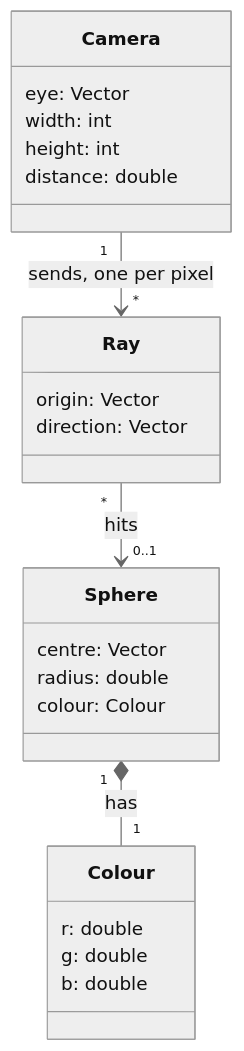
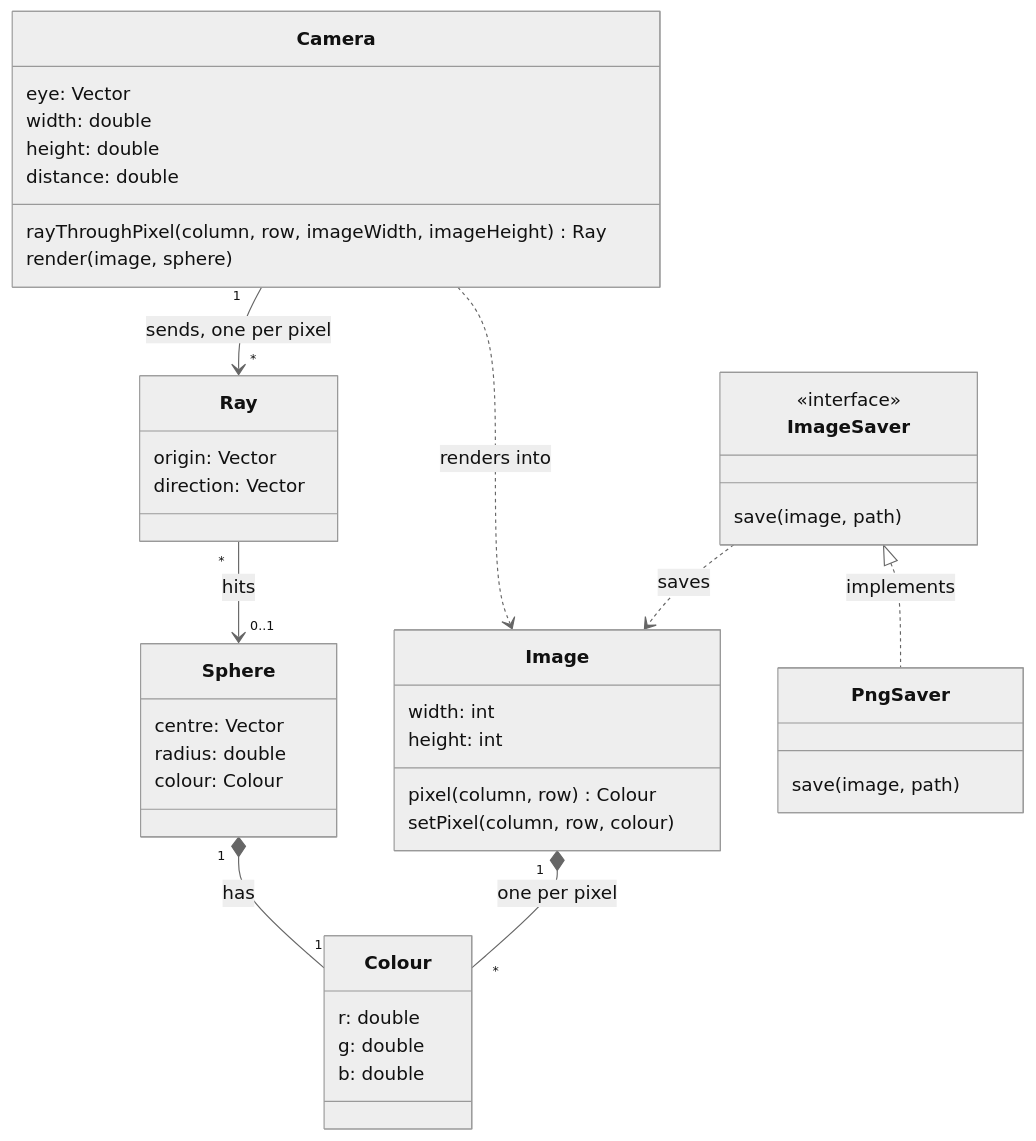
The diagram in docs/domain/domain-model.md (Mathis-brgs/Raytracer), drawn with Mermaid (neutral theme) before and after one commit. The commit also changed other lines of this file and 3 other files, not shown here.

````diff
--- a/docs/domain/domain-model.md
+++ b/docs/domain/domain-model.md
@@ -6,27 +6,46 @@
 ```mermaid
 classDiagram
     Camera "1" --> "*" Ray : sends, one per pixel
+    Camera ..> Image : renders into
     Ray "*" --> "0..1" Sphere : hits
     Sphere "1" *-- "1" Colour : has
+    Image "1" *-- "*" Colour : one per pixel
+    ImageSaver <|.. PngSaver : implements
+    ImageSaver ..> Image : saves
 
     class Camera {
         eye: Vector
-        width: int
-        height: int
+        width: double
+        height: double
         distance: double
+        rayThroughPixel(column, row, imageWidth, imageHeight) Ray
+        render(image, sphere)
     }
     class Ray {
         origin: Vector
         direction: Vector
     }
     class Sphere {
         centre: Vector
         radius: double
         colour: Colour
     }
     class Colour {
         r: double
         g: double
         b: double
     }
+    class Image {
+        width: int
+        height: int
+        pixel(column, row) Colour
+        setPixel(column, row, colour)
+    }
+    class ImageSaver {
+        <<interface>>
+        save(image, path)
+    }
+    class PngSaver {
+        save(image, path)
+    }
 ```
````
